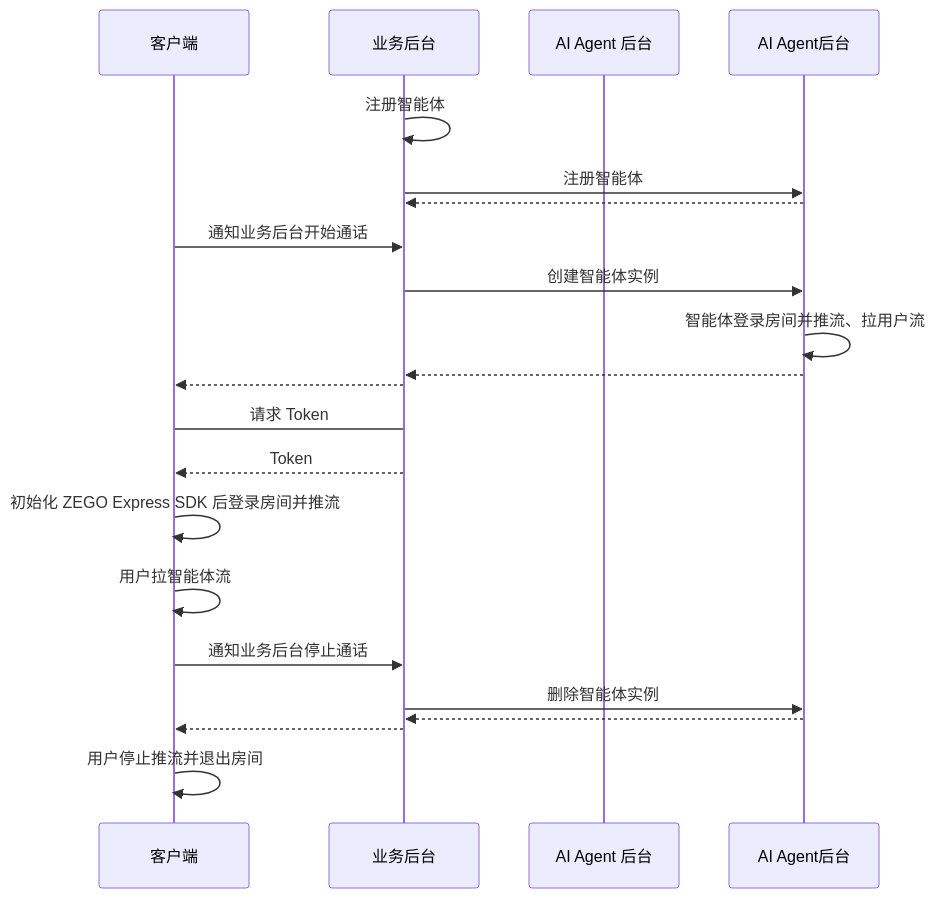
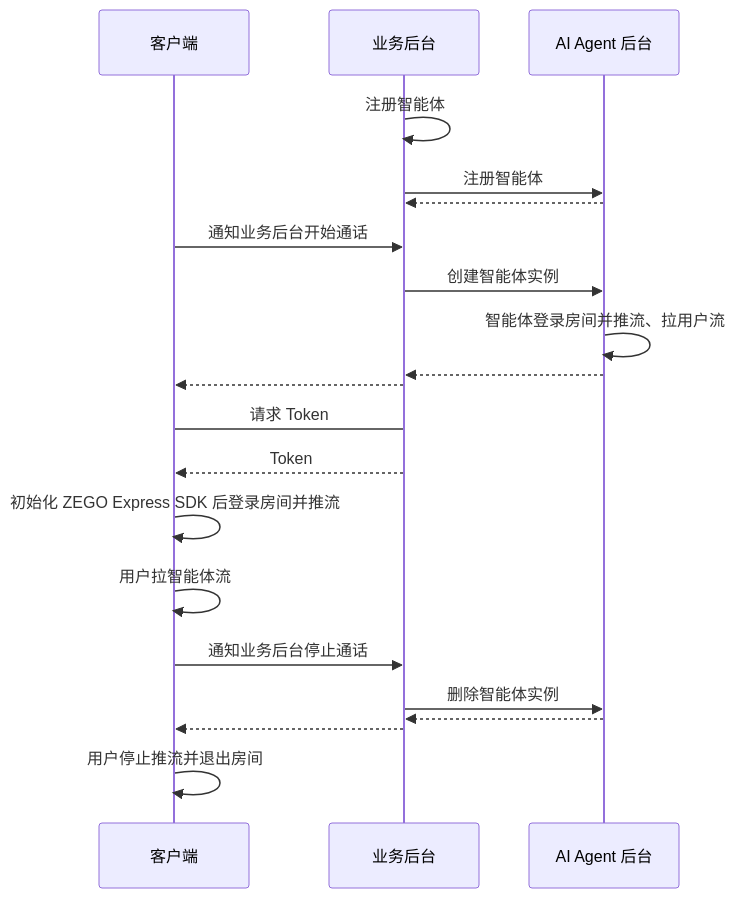
Before and after one commit to ZEGOCLOUD/docs_all: the diagram in core_products/aiagent/zh/docs_aiagent_android_zh/Quick start.mdx, drawn with Mermaid. The commit also changed other lines of this file and 1 other file, not shown here.

Commit message:
AIAgent: 快速开始加集成视频

````diff
--- a/core_products/aiagent/zh/docs_aiagent_android_zh/Quick start.mdx
+++ b/core_products/aiagent/zh/docs_aiagent_android_zh/Quick start.mdx
@@ -61,31 +63,31 @@
 ```mermaid
 sequenceDiagram
     participant 客户端
     participant 业务后台
     participant AI Agent 后台
     
     业务后台->>业务后台: 注册智能体
-    业务后台->>AI Agent后台: 注册智能体
-    AI Agent后台-->>业务后台: 
+    业务后台->>AI Agent 后台: 注册智能体
+    AI Agent 后台-->>业务后台: 
 
     客户端->>业务后台: 通知业务后台开始通话
-    业务后台->>AI Agent后台: 创建智能体实例
-    AI Agent后台->>AI Agent后台: 智能体登录房间并推流、拉用户流
-    AI Agent后台-->>业务后台: 
+    业务后台->>AI Agent 后台: 创建智能体实例
+    AI Agent 后台->>AI Agent 后台: 智能体登录房间并推流、拉用户流
+    AI Agent 后台-->>业务后台: 
     业务后台-->>客户端: 
 
     客户端->业务后台: 请求 Token
     业务后台-->>客户端: Token
     
     客户端->>客户端: 初始化 ZEGO Express SDK 后登录房间并推流
     
     
     客户端->>客户端: 用户拉智能体流
     
     客户端->>业务后台: 通知业务后台停止通话
-    业务后台->>AI Agent后台: 删除智能体实例
-    AI Agent后台-->>业务后台: 
+    业务后台->>AI Agent 后台: 删除智能体实例
+    AI Agent 后台-->>业务后台: 
     业务后台-->>客户端: 
     
     客户端->>客户端: 用户停止推流并退出房间
 ```
````
